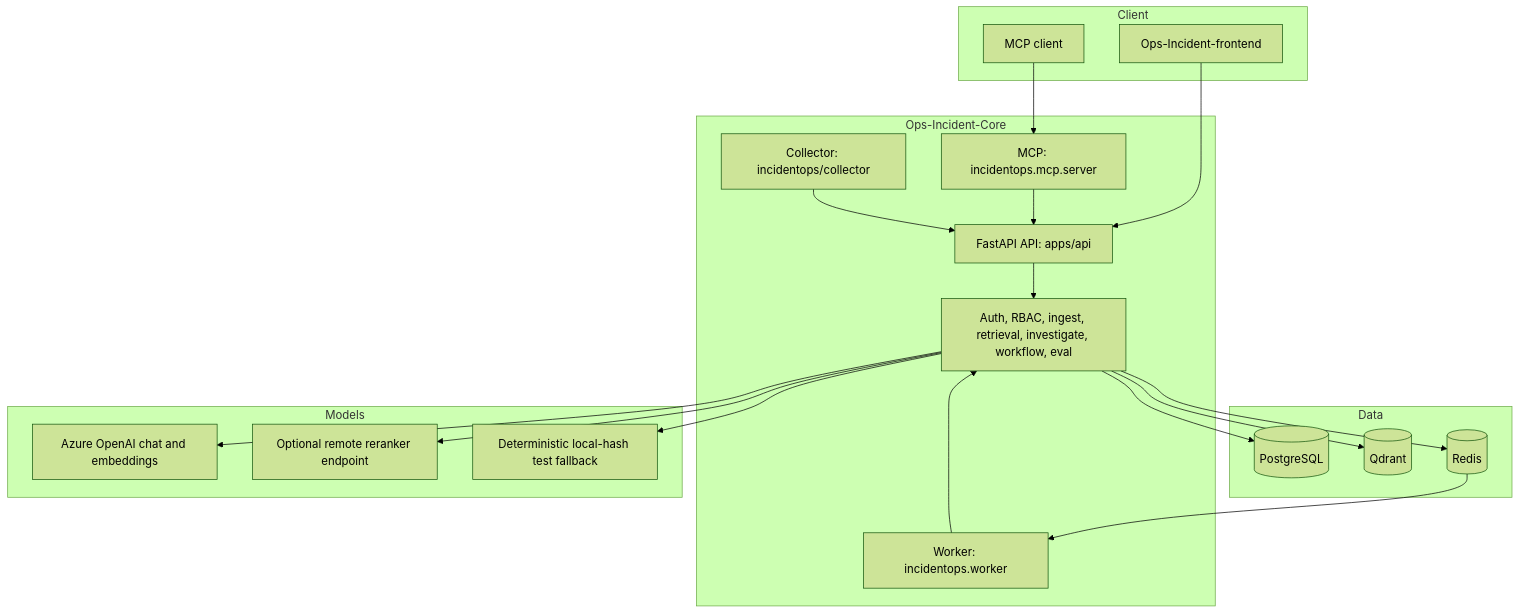
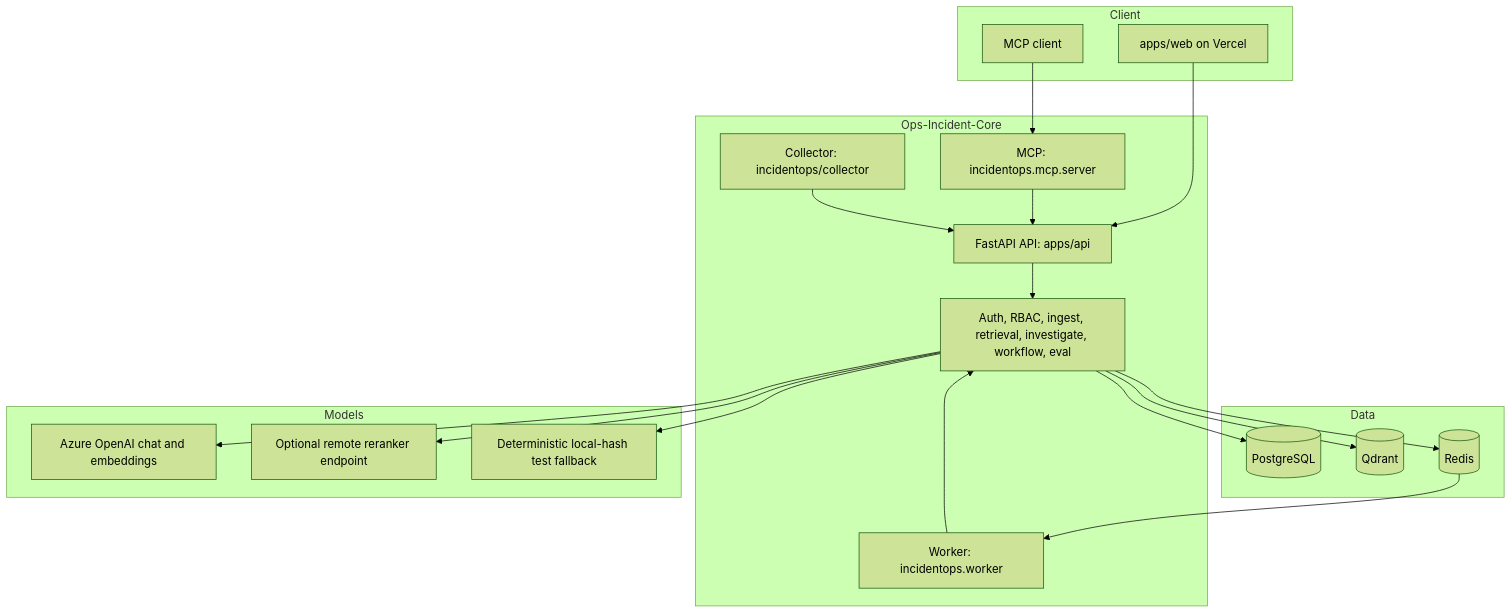
Before and after one commit to Auro-rium/Ops-Incident-Core: the first of 3 diagrams in technical.md, drawn with Mermaid (forest theme). The commit also changed other lines of this file and 17 other files, not shown here.

```diff
--- a/technical.md
+++ b/technical.md
@@ -11,37 +11,37 @@
 ~~~mermaid
 flowchart TB
   subgraph Client
-    FE[Ops-Incident-frontend]
+    FE[apps/web on Vercel]
     MCP[MCP client]
   end
   subgraph Core[Ops-Incident-Core]
     API[FastAPI API: apps/api]
     COL[Collector: incidentops/collector]
     WORKER[Worker: incidentops.worker]
     MCP_SERVER[MCP: incidentops.mcp.server]
     DOMAIN[Auth, RBAC, ingest, retrieval, investigate, workflow, eval]
   end
   subgraph Data
     PG[(PostgreSQL)]
     QD[(Qdrant)]
     REDIS[(Redis)]
   end
   subgraph Models
     AZURE[Azure OpenAI chat and embeddings]
     REMOTE[Optional remote reranker endpoint]
     LOCAL[Deterministic local-hash test fallback]
   end
   FE --> API
   MCP --> MCP_SERVER
   MCP_SERVER --> API
   COL --> API
   API --> DOMAIN
   DOMAIN --> PG
   DOMAIN --> QD
   DOMAIN --> REDIS
   REDIS --> WORKER
   WORKER --> DOMAIN
   DOMAIN --> AZURE
   DOMAIN --> REMOTE
   DOMAIN --> LOCAL
 ~~~
```
